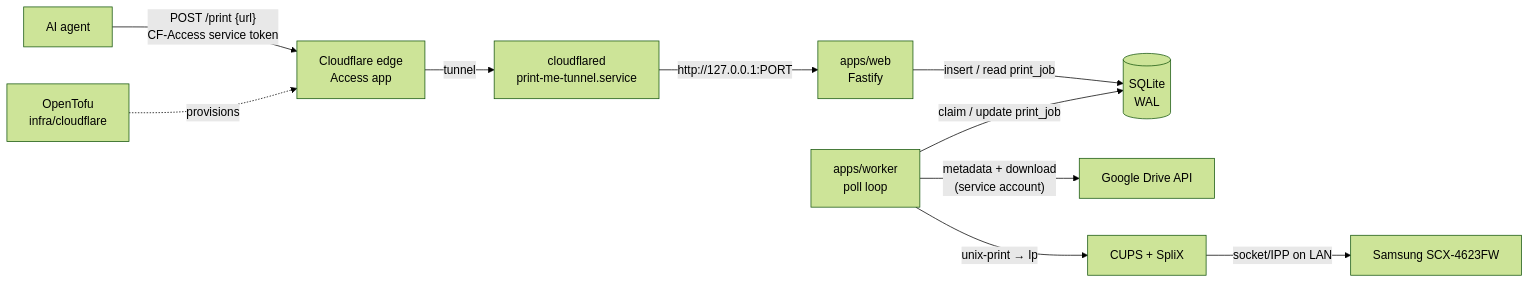
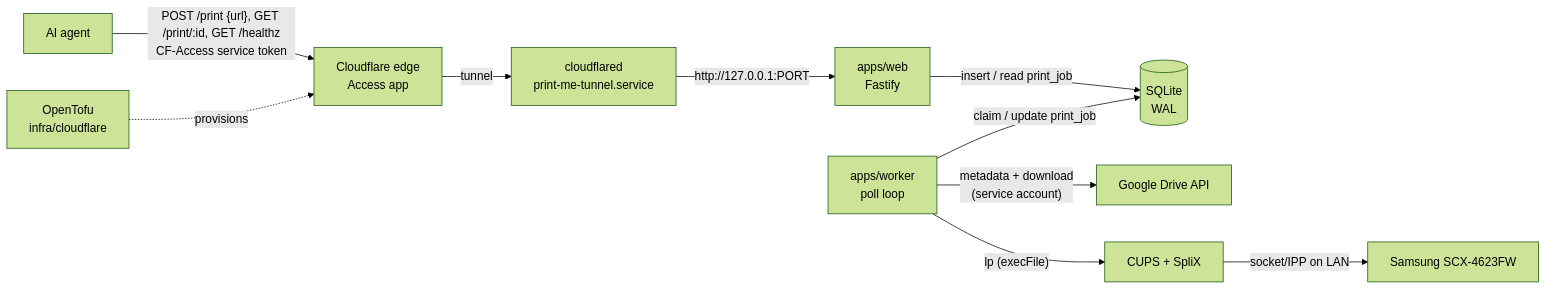
One commit to m4olivei/print-me changed the diagram in .ai/strikethroo/plans/01--drive-pdf-print-webhook/plan-01--drive-pdf-print-webhook.md. Above: the diagram before and after it, drawn with Mermaid (forest theme). The commit also changed other lines of this file, not shown here.

First line of the commit message:
docs: refine plan 01 with webhook agent feedback

````diff
--- a/.ai/strikethroo/plans/01--drive-pdf-print-webhook/plan-01--drive-pdf-print-webhook.md
+++ b/.ai/strikethroo/plans/01--drive-pdf-print-webhook/plan-01--drive-pdf-print-webhook.md
@@ -75,12 +81,12 @@
 ```mermaid
 flowchart LR
-  Agent[AI agent] -- "POST /print {url}<br/>CF-Access service token" --> CF[Cloudflare edge<br/>Access app]
+  Agent[AI agent] -- "POST /print {url}, GET /print/:id, GET /healthz<br/>CF-Access service token" --> CF[Cloudflare edge<br/>Access app]
   CF -- tunnel --> CFD[cloudflared<br/>print-me-tunnel.service]
   CFD -- "http://127.0.0.1:PORT" --> Web[apps/web<br/>Fastify]
   Web -- "insert / read print_job" --> DB[(SQLite<br/>WAL)]
   Worker[apps/worker<br/>poll loop] -- "claim / update print_job" --> DB
   Worker -- "metadata + download<br/>(service account)" --> Drive[Google Drive API]
-  Worker -- "unix-print → lp" --> CUPS[CUPS + SpliX]
+  Worker -- "lp (execFile)" --> CUPS[CUPS + SpliX]
   CUPS -- "socket/IPP on LAN" --> Printer[Samsung SCX-4623FW]
   Tofu[OpenTofu<br/>infra/cloudflare] -. provisions .-> CF
 ```
````
